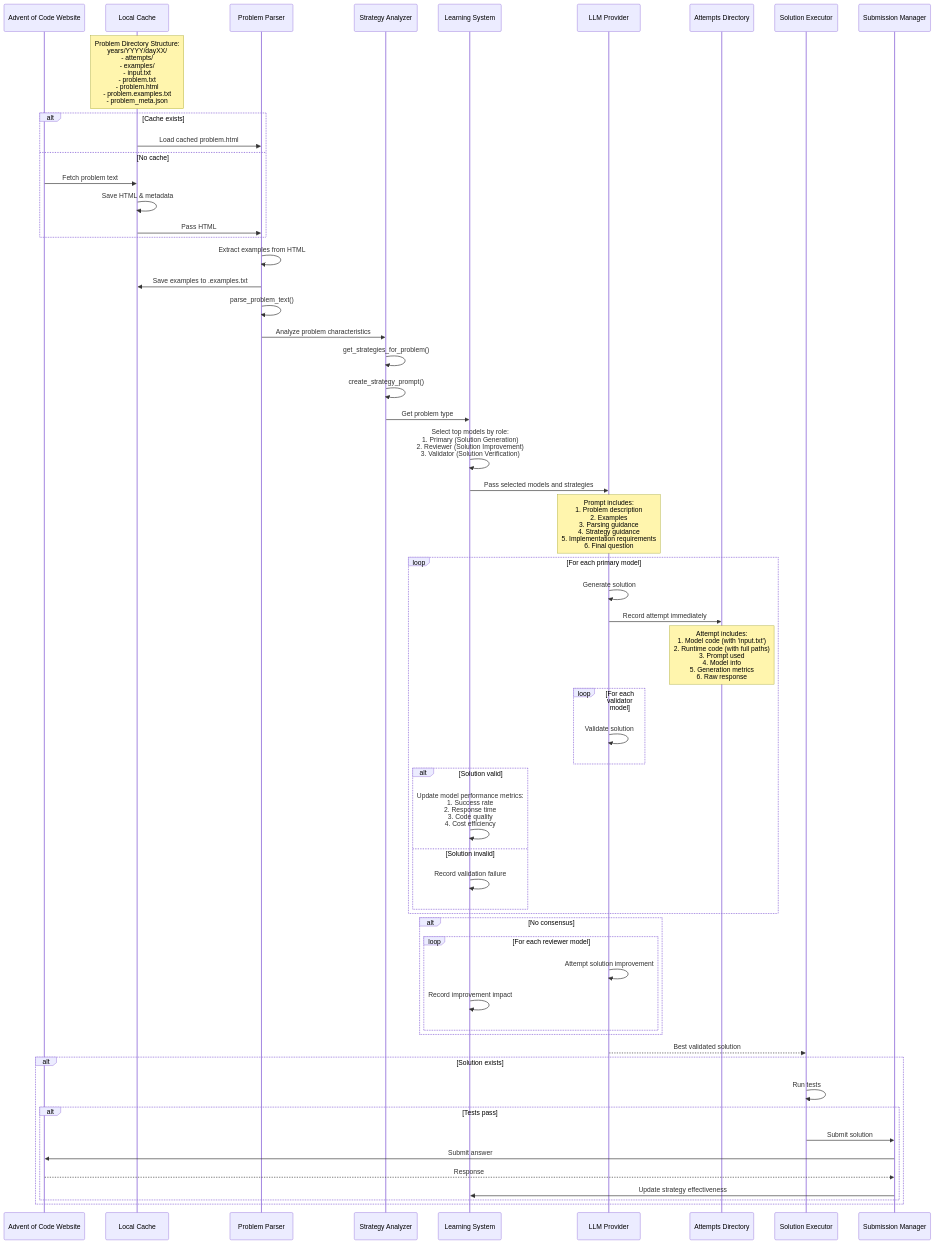
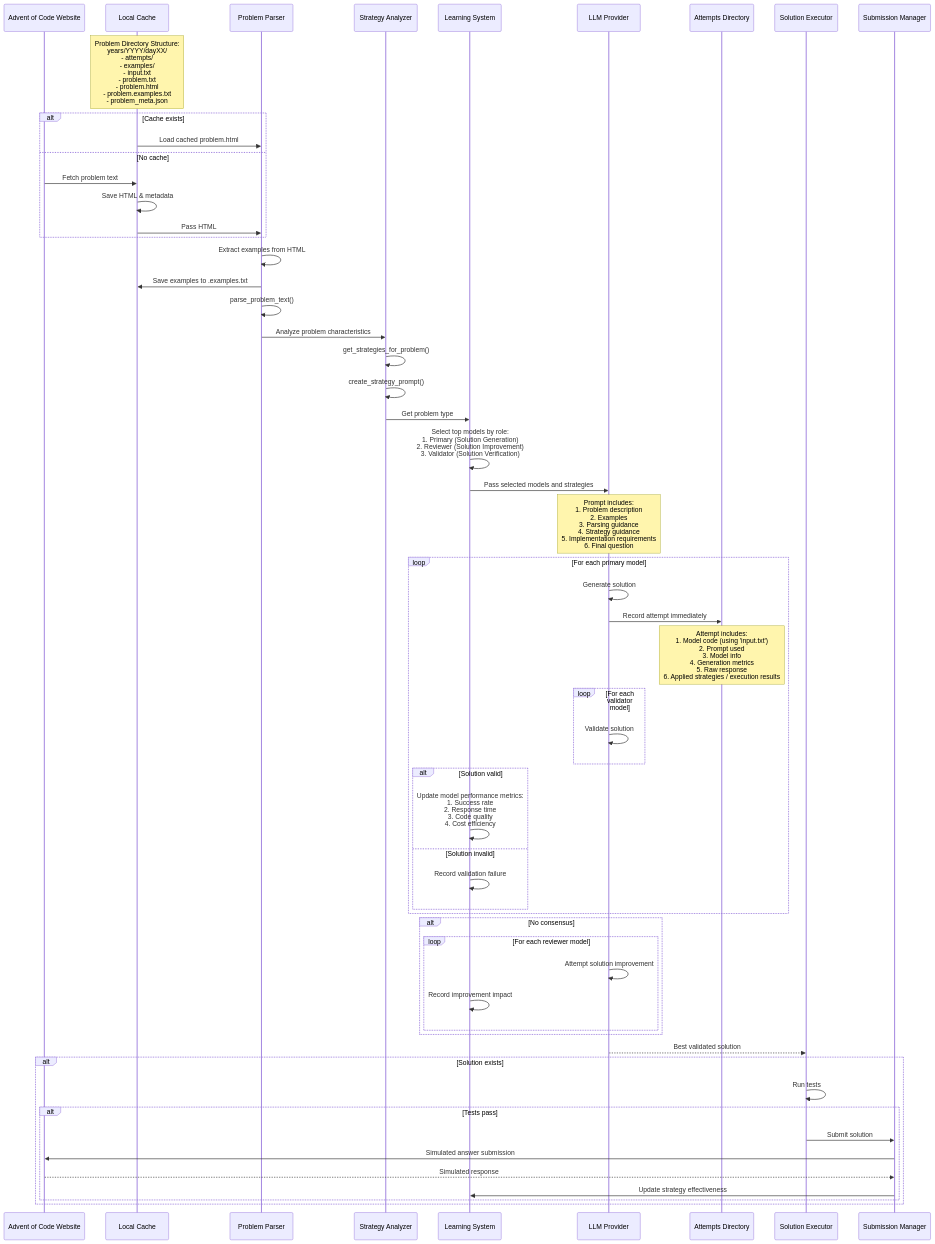
One commit to geniusworks/problem-solver changed the diagram in dev/diagrams/information-flow.mmd. Above: the diagram before and after it, drawn with Mermaid. The commit also changed 6 other files, not shown here.

```diff
--- a/dev/diagrams/information-flow.mmd
+++ b/dev/diagrams/information-flow.mmd
@@ -1,68 +1,68 @@
 sequenceDiagram
     participant AoC as Advent of Code Website
     participant Cache as Local Cache
     participant Parser as Problem Parser
     participant Strategy as Strategy Analyzer
     participant Learning as Learning System
     participant LLM as LLM Provider
     participant Attempts as Attempts Directory
     participant Executor as Solution Executor
     participant Submit as Submission Manager
 
     Note over Cache: Problem Directory Structure:<br/>years/YYYY/dayXX/<br/>- attempts/<br/>- examples/<br/>- input.txt<br/>- problem.txt<br/>- problem.html<br/>- problem.examples.txt<br/>- problem_meta.json
 
     alt Cache exists
         Cache->>Parser: Load cached problem.html
     else No cache
         AoC->>Cache: Fetch problem text
         Cache->>Cache: Save HTML & metadata
         Cache->>Parser: Pass HTML
     end
 
     Parser->>Parser: Extract examples from HTML
     Parser->>Cache: Save examples to .examples.txt
     Parser->>Parser: parse_problem_text()
     Parser->>Strategy: Analyze problem characteristics
     Strategy->>Strategy: get_strategies_for_problem()
     Strategy->>Strategy: create_strategy_prompt()
 
     Strategy->>Learning: Get problem type
     Learning->>Learning: Select top models by role:<br/>1. Primary (Solution Generation)<br/>2. Reviewer (Solution Improvement)<br/>3. Validator (Solution Verification)
 
     Learning->>LLM: Pass selected models and strategies
     Note over LLM: Prompt includes:<br/>1. Problem description<br/>2. Examples<br/>3. Parsing guidance<br/>4. Strategy guidance<br/>5. Implementation requirements<br/>6. Final question
 
     loop For each primary model
         LLM->>LLM: Generate solution
         LLM->>Attempts: Record attempt immediately
-        Note over Attempts: Attempt includes:<br/>1. Model code (with 'input.txt')<br/>2. Runtime code (with full paths)<br/>3. Prompt used<br/>4. Model info<br/>5. Generation metrics<br/>6. Raw response
+        Note over Attempts: Attempt includes:<br/>1. Model code (using 'input.txt')<br/>2. Prompt used<br/>3. Model info<br/>4. Generation metrics<br/>5. Raw response<br/>6. Applied strategies / execution results
         
         loop For each validator model
             LLM->>LLM: Validate solution
         end
 
         alt Solution valid
             Learning->>Learning: Update model performance metrics:<br/>1. Success rate<br/>2. Response time<br/>3. Code quality<br/>4. Cost efficiency
         else Solution invalid
             Learning->>Learning: Record validation failure
         end
     end
 
     alt No consensus
         loop For each reviewer model
             LLM->>LLM: Attempt solution improvement
             Learning->>Learning: Record improvement impact
         end
     end
 
     LLM-->>Executor: Best validated solution
     
     alt Solution exists
         Executor->>Executor: Run tests
         alt Tests pass
             Executor->>Submit: Submit solution
-            Submit->>AoC: Submit answer
-            AoC-->>Submit: Response
+            Submit->>AoC: Simulated answer submission
+            AoC-->>Submit: Simulated response
             Submit->>Learning: Update strategy effectiveness
         end
     end
```
